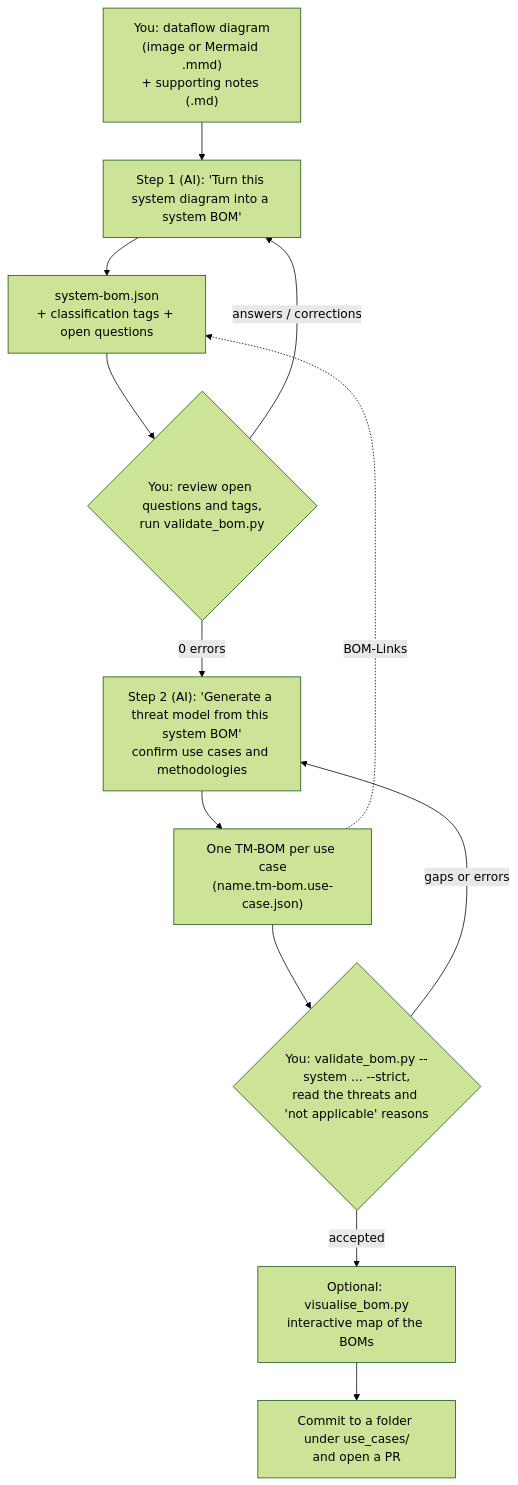
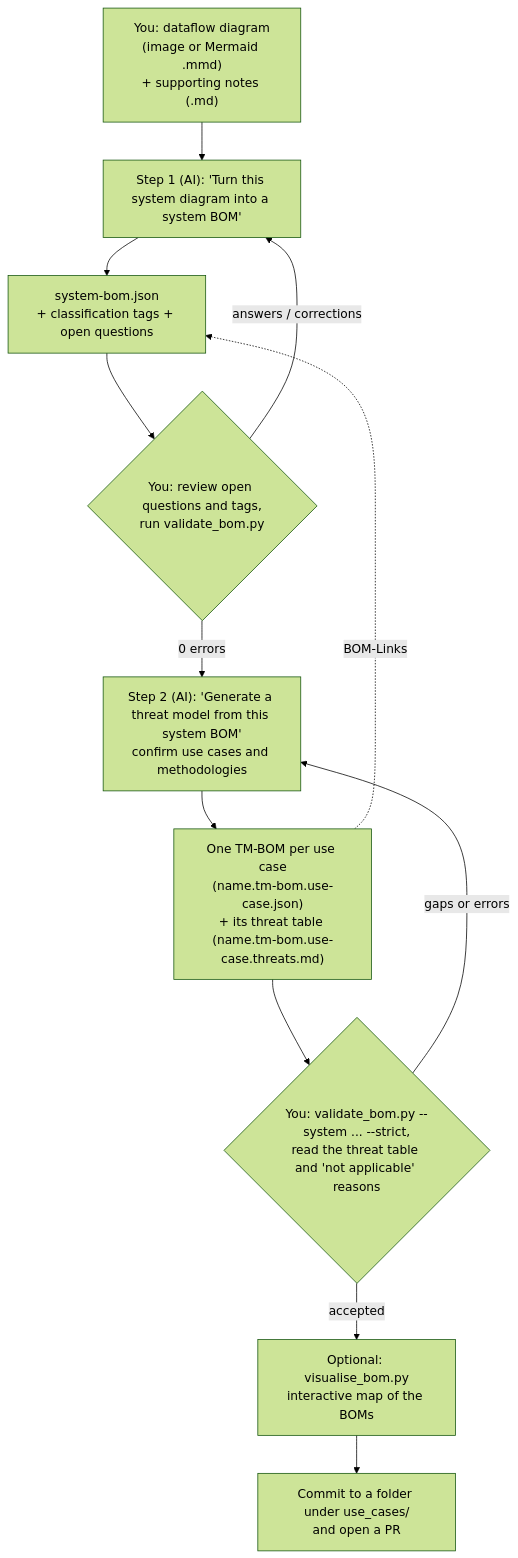
Before and after one commit to lfai/security-and-compliance: the diagram in subgroups/use-cases-and-threat-models/README.md, drawn with Mermaid (forest theme). The commit also changed other lines of this file and 8 other files, not shown here.

First line of the commit message:
Write a Markdown threat table from each threat-model BOM (#71)

````diff
--- a/subgroups/use-cases-and-threat-models/README.md
+++ b/subgroups/use-cases-and-threat-models/README.md
@@ -100,14 +101,14 @@
 ```mermaid
 flowchart TD
     A["You: dataflow diagram<br/>(image or Mermaid .mmd)<br/>+ supporting notes (.md)"] --> B
     B["Step 1 (AI): 'Turn this system diagram into a system BOM'"] --> C["system-bom.json<br/>+ classification tags + open questions"]
     C --> D{"You: review open questions and tags,<br/>run validate_bom.py"}
     D -- "answers / corrections" --> B
     D -- "0 errors" --> E
-    E["Step 2 (AI): 'Generate a threat model from this system BOM'<br/>confirm use cases and methodologies"] --> F["One TM-BOM per use case<br/>(name.tm-bom.use-case.json)"]
-    F --> G{"You: validate_bom.py --system ... --strict,<br/>read the threats and 'not applicable' reasons"}
+    E["Step 2 (AI): 'Generate a threat model from this system BOM'<br/>confirm use cases and methodologies"] --> F["One TM-BOM per use case<br/>(name.tm-bom.use-case.json)<br/>+ its threat table (name.tm-bom.use-case.threats.md)"]
+    F --> G{"You: validate_bom.py --system ... --strict,<br/>read the threat table and 'not applicable' reasons"}
     G -- "gaps or errors" --> E
     G -- "accepted" --> H["Optional: visualise_bom.py<br/>interactive map of the BOMs"]
     H --> I["Commit to a folder under use_cases/<br/>and open a PR"]
     F -. "BOM-Links" .-> C
 ```
````
